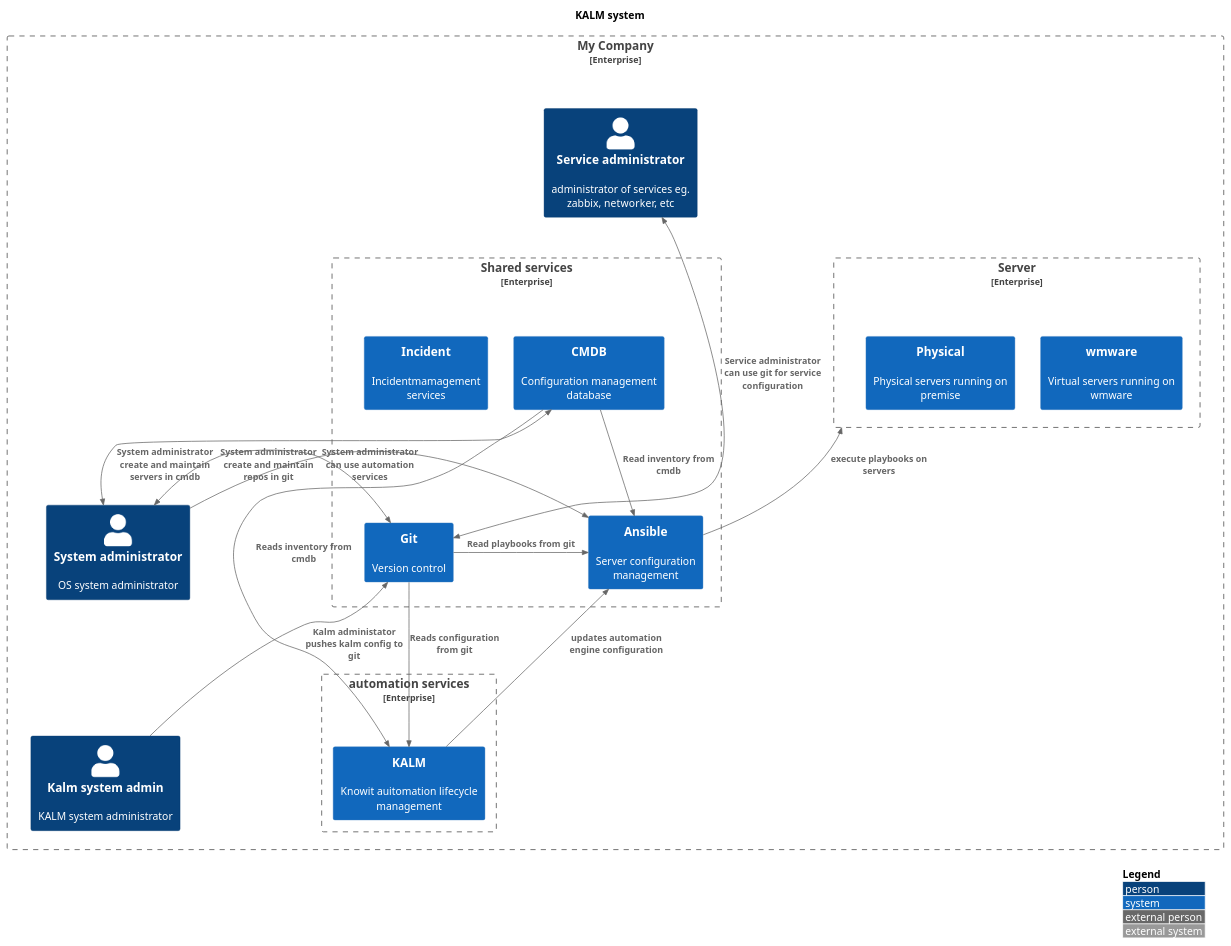
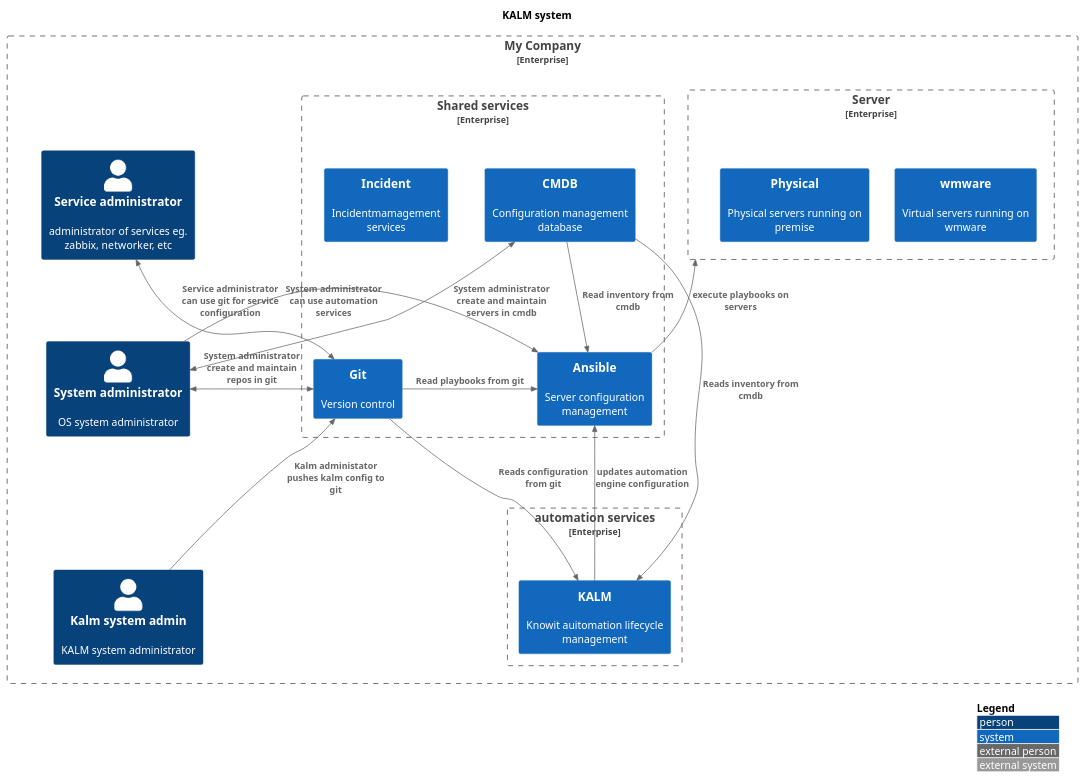
One commit to JakobHolstDK/infowall changed the diagram in diagrams/kalm.puml. Above: the diagram before and after it, drawn with PlantUML.

Commit message:
no write

```diff
--- a/diagrams/kalm.puml
+++ b/diagrams/kalm.puml
@@ -1,68 +1,67 @@
 @startuml
 !include https://raw.githubusercontent.com/plantuml-stdlib/C4-PlantUML/master/C4_Context.puml
 
 ' uncomment the following line and comment the first to use locally
 ' !include C4_Context.puml
 
 LAYOUT_TOP_DOWN()
 'LAYOUT_AS_SKETCH()
 LAYOUT_WITH_LEGEND()
 
 
 title   KALM system
 
 
 Enterprise_Boundary(c0, "My Company", "My awesome organisation") {
 
 Person(kalmadmin, "Kalm system admin", "KALM system administrator")
 Person(systemadmin, "System administrator", "OS system administrator")
 Person(serviceadmin, "Service administrator", "administrator of services eg. zabbix, networker, etc")
 Enterprise_Boundary(c2, "Server ", "Virtuelle servere") {
     System(vmware, "wmware", "Virtual servers running on wmware")
     System(physicalservers, "Physical", "Physical servers running on premise")
 }
 
 Enterprise_Boundary(c3, "Shared services", "Shared services in the organisation") {
     System(cmdb, "CMDB", "Configuration management database")
     System(automation, "Ansible", "Server configuration management")
     System(git, "Git", "Version control")
     System(incident, "Incident", "Incidentmamagement services")
 }
 
 Enterprise_Boundary(c1, "automation services", "Automation services") {
     System(kalm, "KALM", "Knowit auitomation lifecycle management")
 }
 
 
 }
 
-Lay_D(serviceadmin, c3)
-Lay_D(systemadmin, c3)
-Lay_D(kalmadmin, c3)
+Lay_D(serviceadmin, systemadmin)
+Lay_D(serviceadmin, kalmadmin)
 
 
 
 
 Rel_Neighbor(git, automation, "Read playbooks from git")
 Rel_D(cmdb, automation, "Read inventory from cmdb")
 Rel_U(automation, c2 , "execute playbooks on servers")
 
 
 Rel_U(kalmadmin, git, "Kalm administator pushes kalm config to git")
 
 Rel_U(systemadmin, automation, "System administrator can use automation services")
 BiRel_R(systemadmin, git, "System administrator create and maintain repos in git")
 BiRel_L(systemadmin, cmdb, "System administrator create and maintain servers in cmdb")
 BiRel_D(serviceadmin, git, "Service administrator can use git for service configuration")
 
 
 
 
 
 Rel_D(cmdb, kalm, "Reads inventory from cmdb")
 Rel_D(git, kalm, "Reads configuration from git")
 
 Rel_U(kalm, automation, "updates automation engine configuration")
 
 
 @enduml
```
